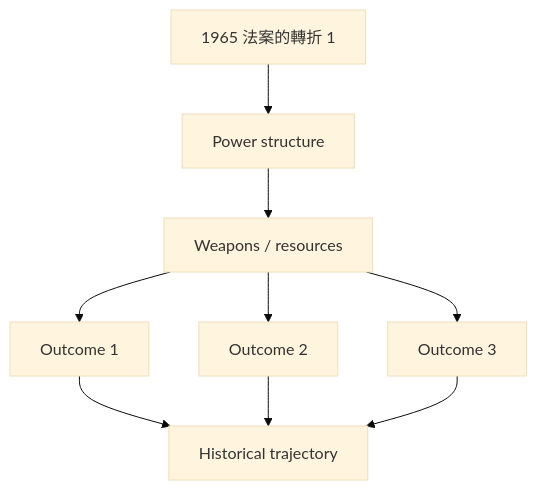
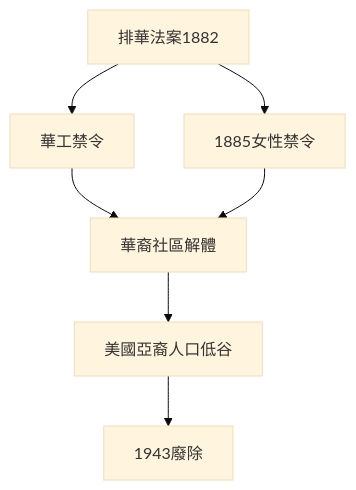
The second of 10 diagrams in 02_Harvard_Courses/Fall_Courses/Hist23_Immigration_Law.md (yip-lgtm/HKU-Harvard-History-Self-Study), drawn with Mermaid (base theme) before and after one commit. The commit also changed other lines of this file and 65 other files, not shown here.

````diff
--- a/02_Harvard_Courses/Fall_Courses/Hist23_Immigration_Law.md
+++ b/02_Harvard_Courses/Fall_Courses/Hist23_Immigration_Law.md
@@ -146,11 +140,9 @@
 ```mermaid
 graph TD
-    A[1965 法案的轉折 1] --> B[Power structure]
-    B --> C[Weapons / resources]
-    C --> D[Outcome 1]
-    C --> E[Outcome 2]
-    C --> F[Outcome 3]
-    D --> G[Historical trajectory]
-    E --> G
-    F --> G
+    A[排華法案1882] --> B[華工禁令]
+    A --> C[1885女性禁令]
+    B --> D[華裔社區解體]
+    C --> D
+    D --> E[美國亞裔人口低谷]
+    E --> F[1943廢除]
 ```
````
